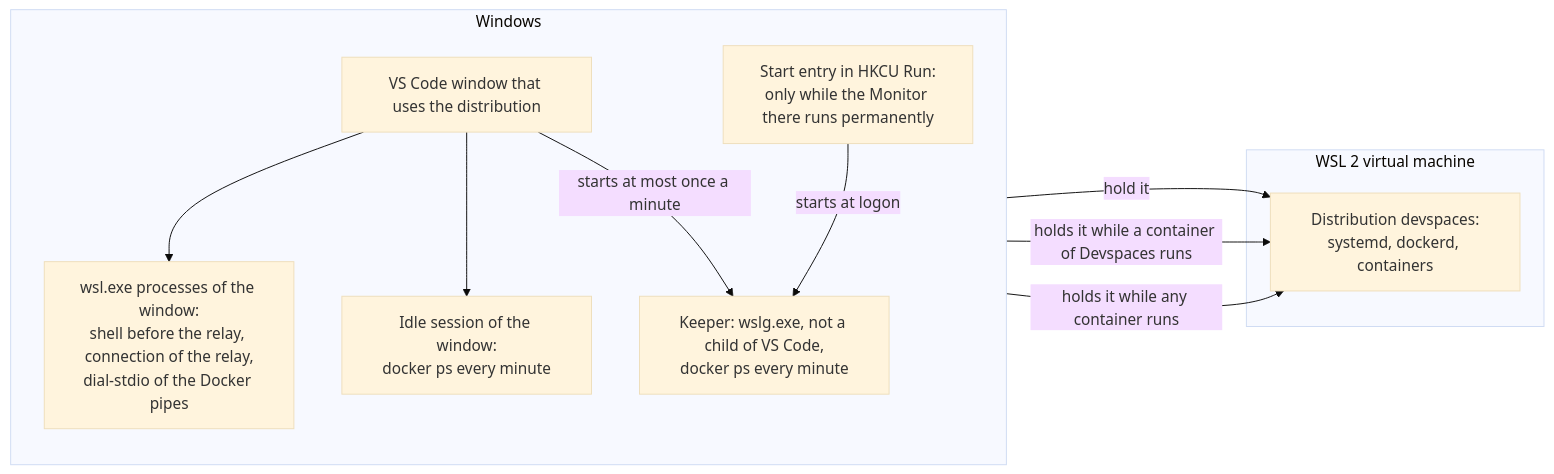
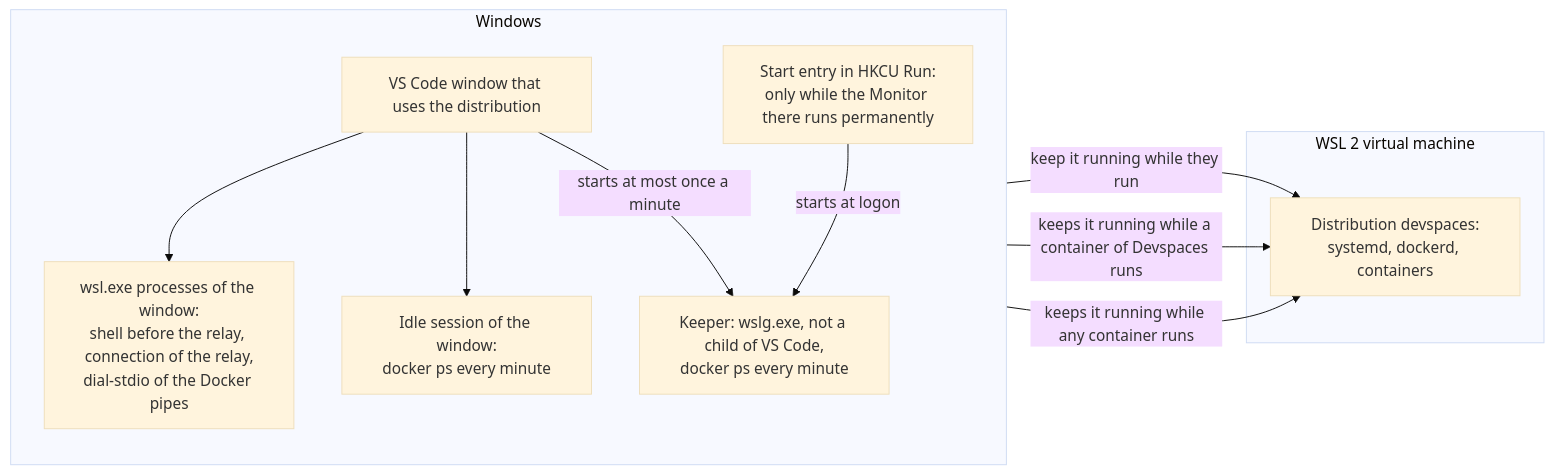
One commit to nimblescape/nimblescape-devspaces-2 changed the fourth of 4 diagrams in docs/remote-connection.md. Above: the diagram before and after it, drawn with Mermaid (base theme). The commit also changed other lines of this file, not shown here.

````diff
--- a/docs/remote-connection.md
+++ b/docs/remote-connection.md
@@ -496,21 +496,21 @@
 ```mermaid
 flowchart LR
   subgraph WINDOWS["Windows"]
     direction TB
     VS["VS Code window that uses the distribution"]
     P["wsl.exe processes of the window:<br/>shell before the relay, connection of the relay,<br/>dial-stdio of the Docker pipes"]
     I["Idle session of the window:<br/>docker ps every minute"]
     K["Keeper: wslg.exe, not a child of VS Code,<br/>docker ps every minute"]
     RUN["Start entry in HKCU Run:<br/>only while the Monitor there runs permanently"]
   end
   subgraph VM["WSL 2 virtual machine"]
     D["Distribution devspaces:<br/>systemd, dockerd, containers"]
   end
   VS --> P
   VS --> I
   VS -- "starts at most once a minute" --> K
   RUN -- "starts at logon" --> K
-  P -- "hold it" --> D
-  I -- "holds it while a container of Devspaces runs" --> D
-  K -- "holds it while any container runs" --> D
+  P -- "keep it running while they run" --> D
+  I -- "keeps it running while a container of Devspaces runs" --> D
+  K -- "keeps it running while any container runs" --> D
 ```
````
